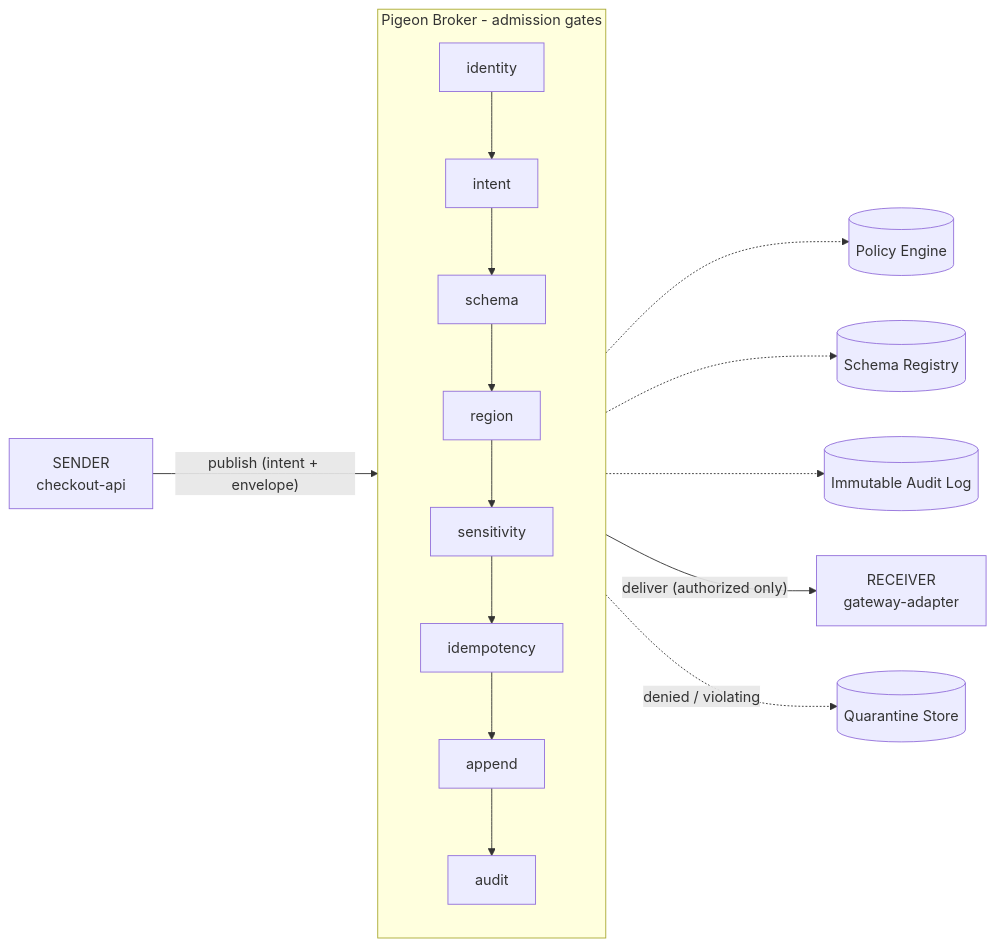
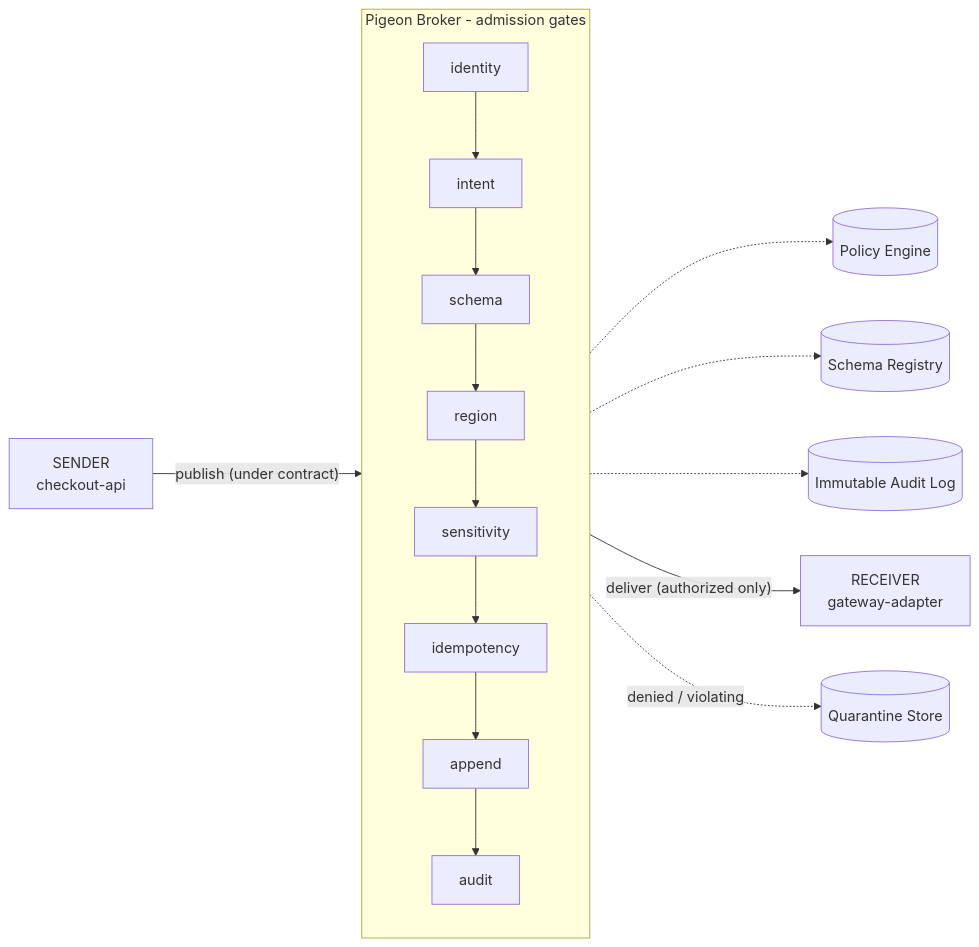
The diagram in README.md (vishnu-77/pigeon), drawn with Mermaid before and after one commit. The commit also changed other lines of this file and 1 other file, not shown here.

````diff
--- a/README.md
+++ b/README.md
@@ -50,22 +66,19 @@
 ```mermaid
 flowchart LR
   Sender["SENDER<br/>checkout-api"]
   Receiver["RECEIVER<br/>gateway-adapter"]
-
   subgraph Broker["Pigeon Broker - admission gates"]
     direction TB
     G1["identity"] --> G2["intent"] --> G3["schema"] --> G4["region"] --> G5["sensitivity"] --> G6["idempotency"] --> G7["append"] --> G8["audit"]
   end
-
   Policy[("Policy Engine")]
   Schema[("Schema Registry")]
   Audit[("Immutable Audit Log")]
   Quarantine[("Quarantine Store")]
-
-  Sender -- "publish (intent + envelope)" --> Broker
+  Sender -- "publish (under contract)" --> Broker
   Broker -- "deliver (authorized only)" --> Receiver
   Broker -. "denied / violating" .-> Quarantine
   G1 -.-> Policy
   G3 -.-> Schema
   G8 -.-> Audit
 ```
````
